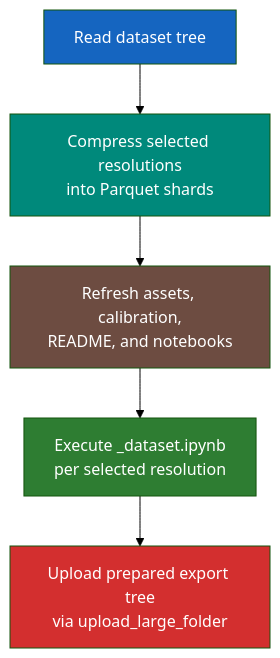
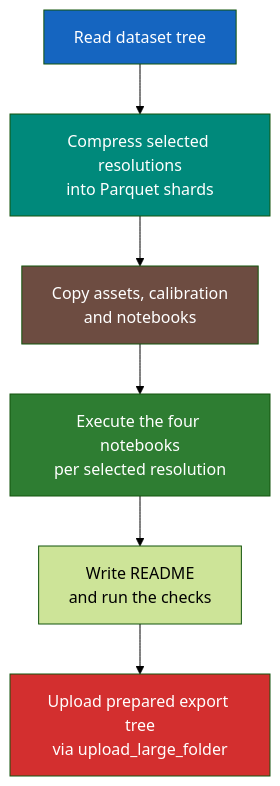
Before and after one commit to ThalesGroup/passage: the diagram in docs/guide/export.md, drawn with Mermaid (forest theme). The commit also changed other lines of this file and 69 other files, not shown here.

````diff
--- a/docs/guide/export.md
+++ b/docs/guide/export.md
@@ -124,13 +176,14 @@
 ```mermaid
 flowchart TD
-    A[Read dataset tree] --> B[Compress selected resolutions\ninto Parquet shards]
-    B --> C[Refresh assets, calibration,\nREADME, and notebooks]
-    C --> D[Execute _dataset.ipynb\nper selected resolution]
-    D --> E[Upload prepared export tree\nvia upload_large_folder]
+    A[Read dataset tree] --> B[Compress selected resolutions<br>into Parquet shards]
+    B --> C[Copy assets, calibration<br>and notebooks]
+    C --> D[Execute the four notebooks<br>per selected resolution]
+    D --> E[Write README<br>and run the checks]
+    E --> F[Upload prepared export tree<br>via upload_large_folder]
 
     style A fill:#1565C0,color:#fff
     style B fill:#00897B,color:#fff
     style C fill:#6D4C41,color:#fff
     style D fill:#2E7D32,color:#fff
-    style E fill:#D32F2F,color:#fff
+    style F fill:#D32F2F,color:#fff
 ```
````
